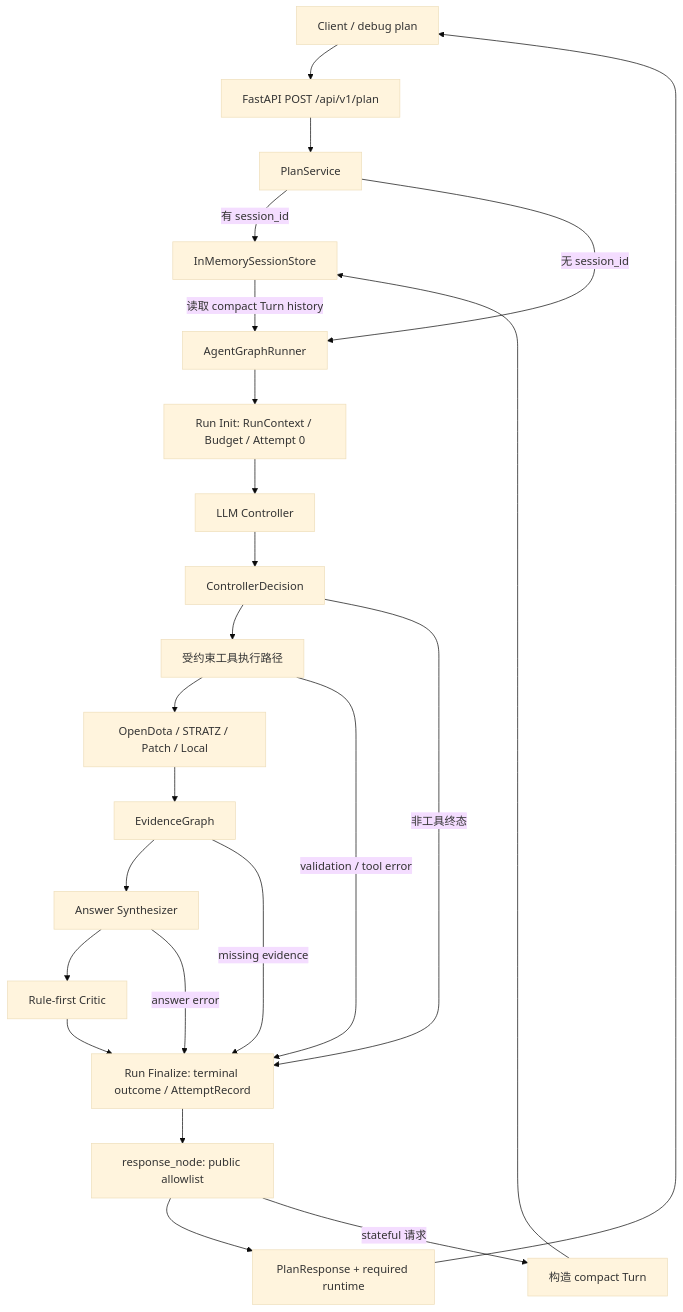
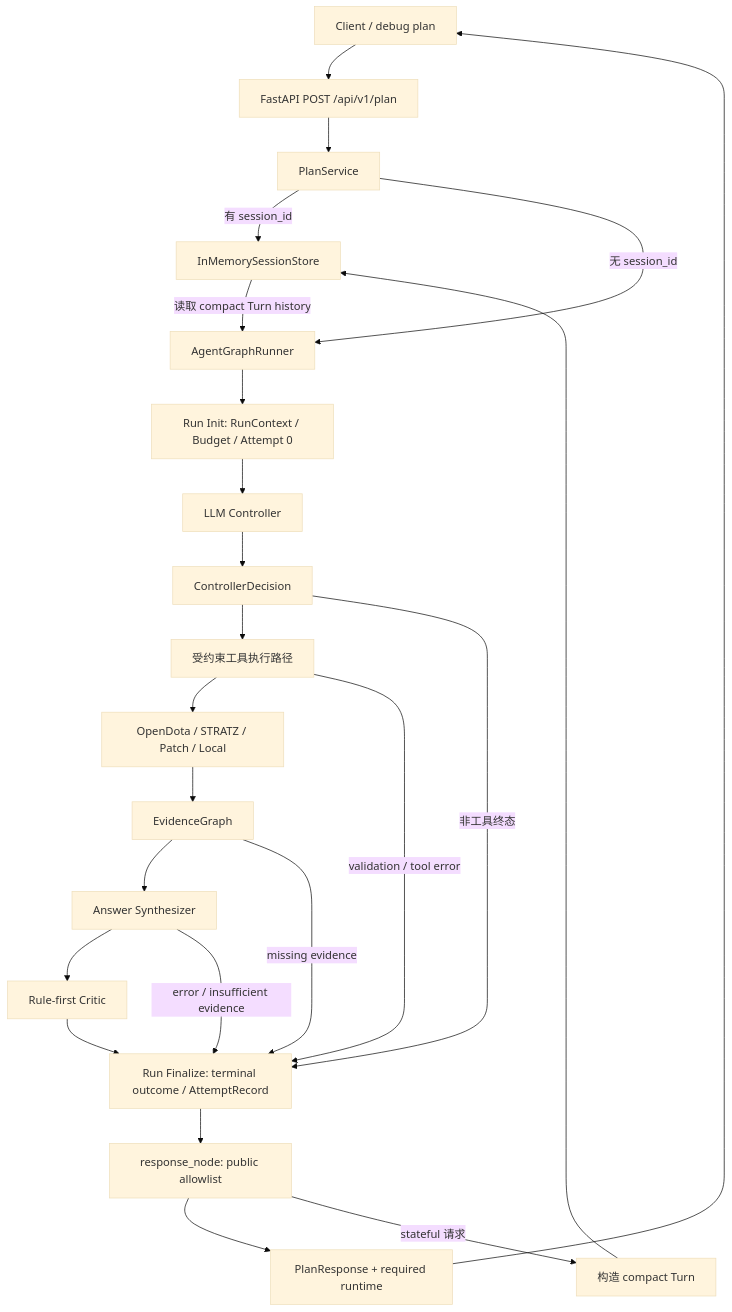
The first of 5 diagrams in docs/design/architecture/整体架构.md (Philip23333/DotaMind), drawn with Mermaid (base theme) before and after one commit. The commit also changed other lines of this file and 47 other files, not shown here.

````diff
--- a/docs/design/architecture/整体架构.md
+++ b/docs/design/architecture/整体架构.md
@@ -16,31 +16,31 @@
 ```mermaid
 flowchart TD
     Client["Client / debug plan"] --> API["FastAPI POST /api/v1/plan"]
     API --> Service["PlanService"]
 
     Service -->|"有 session_id"| Store["InMemorySessionStore"]
     Store -->|"读取 compact Turn history"| Graph["AgentGraphRunner"]
     Service -->|"无 session_id"| Graph
 
     Graph --> RunInit["Run Init: RunContext / Budget / Attempt 0"]
     RunInit --> Controller["LLM Controller"]
     Controller --> Decision["ControllerDecision"]
     Decision --> ToolPath["受约束工具执行路径"]
     ToolPath --> Integrations["OpenDota / STRATZ / Patch / Local"]
     Integrations --> Evidence["EvidenceGraph"]
     Evidence --> Answer["Answer Synthesizer"]
     Answer --> Critic["Rule-first Critic"]
     Critic --> Finalize["Run Finalize: terminal outcome / AttemptRecord"]
 
     Decision -->|"非工具终态"| Finalize
     ToolPath -->|"validation / tool error"| Finalize
     Evidence -->|"missing evidence"| Finalize
-    Answer -->|"answer error"| Finalize
+    Answer -->|"error / insufficient evidence"| Finalize
 
     Finalize --> Response["response_node: public allowlist"]
     Response --> Mapper["PlanResponse + required runtime"]
     Mapper --> Client
 
     Response -->|"stateful 请求"| Summary["构造 compact Turn"]
     Summary --> Store
 ```
````
